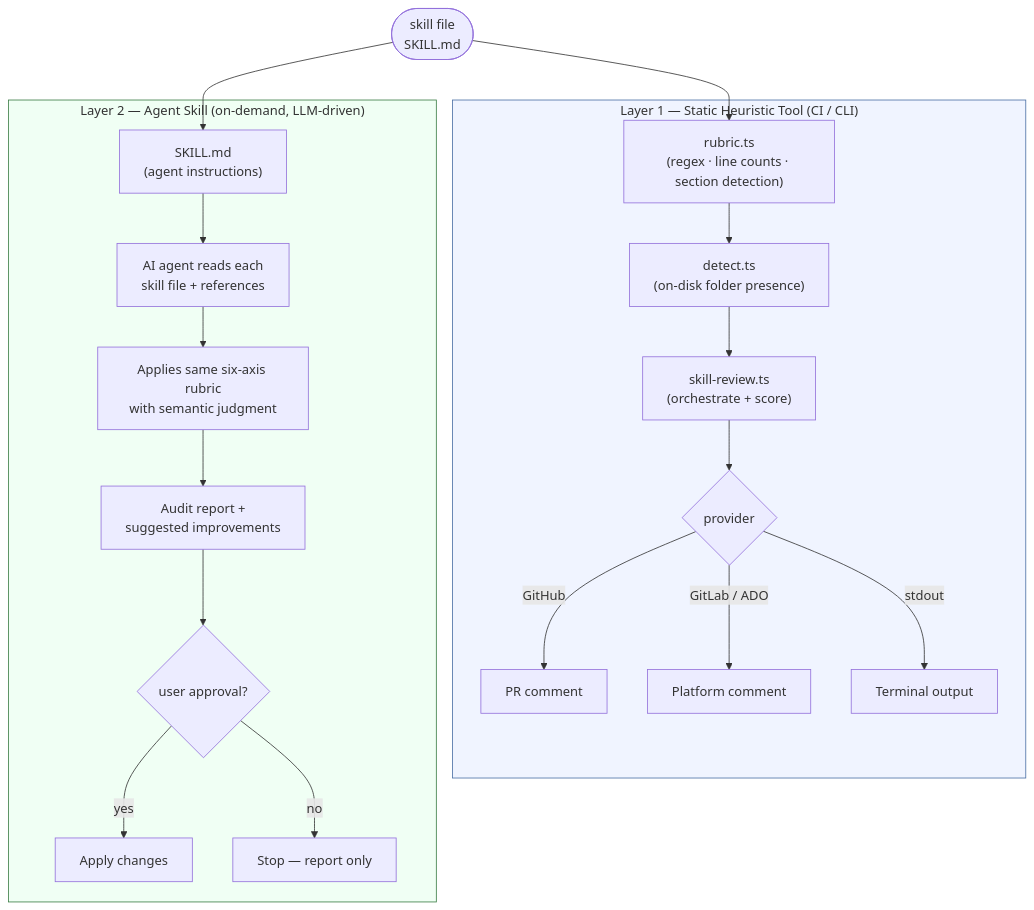
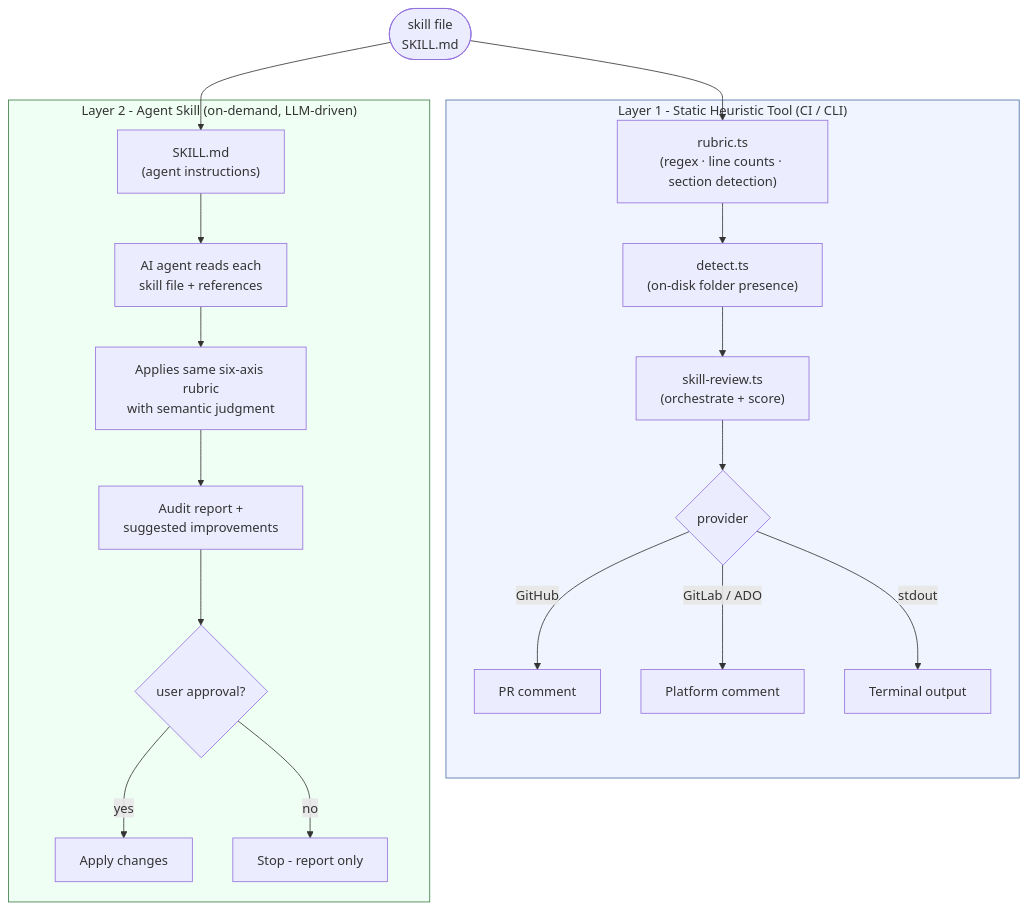
The diagram in skill-review/docs/adr/0001-skill-review-architecture.md (McFuzzySquirrel/skill-forge), drawn with Mermaid before and after one commit. The commit also changed other lines of this file and 20 other files, not shown here.

````diff
--- a/skill-review/docs/adr/0001-skill-review-architecture.md
+++ b/skill-review/docs/adr/0001-skill-review-architecture.md
@@ -150,29 +150,29 @@
 ```mermaid
 flowchart TD
     A([skill file<br/>SKILL.md]) --> B
 
-    subgraph Layer1["Layer 1 — Static Heuristic Tool (CI / CLI)"]
+    subgraph Layer1["Layer 1 - Static Heuristic Tool (CI / CLI)"]
         B["rubric.ts\n(regex · line counts · section detection)"]
         B --> C["detect.ts\n(on-disk folder presence)"]
         C --> D["skill-review.ts\n(orchestrate + score)"]
         D --> E{provider}
         E -->|GitHub| F[PR comment]
         E -->|GitLab / ADO| G[Platform comment]
         E -->|stdout| H[Terminal output]
     end
 
-    subgraph Layer2["Layer 2 — Agent Skill (on-demand, LLM-driven)"]
+    subgraph Layer2["Layer 2 - Agent Skill (on-demand, LLM-driven)"]
         I["SKILL.md\n(agent instructions)"]
         I --> J["AI agent reads each\nskill file + references"]
         J --> K["Applies same six-axis rubric\nwith semantic judgment"]
         K --> L["Audit report +\nsuggested improvements"]
         L --> M{user approval?}
         M -->|yes| N[Apply changes]
-        M -->|no| O[Stop — report only]
+        M -->|no| O[Stop - report only]
     end
 
     A --> I
 
     style Layer1 fill:#f0f4ff,stroke:#4a6fa5
     style Layer2 fill:#f0fff4,stroke:#3a7d44
 ```
````
